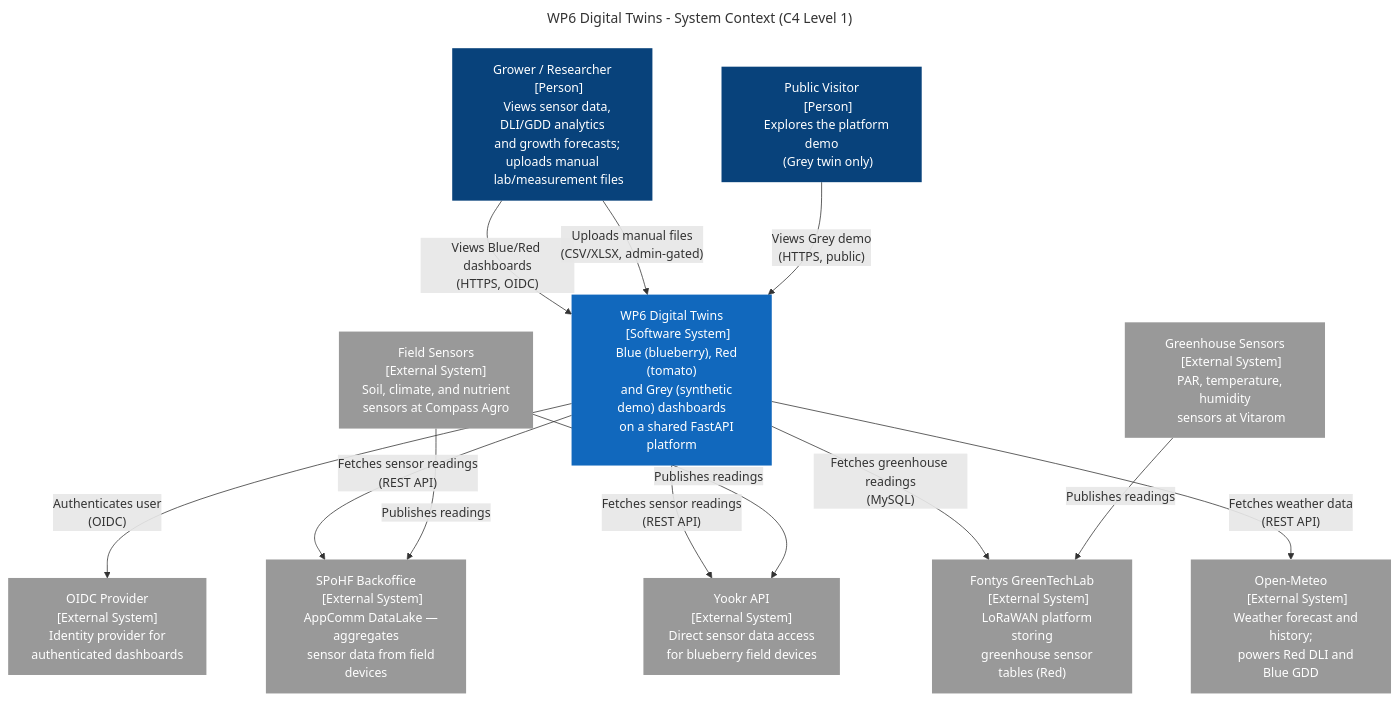
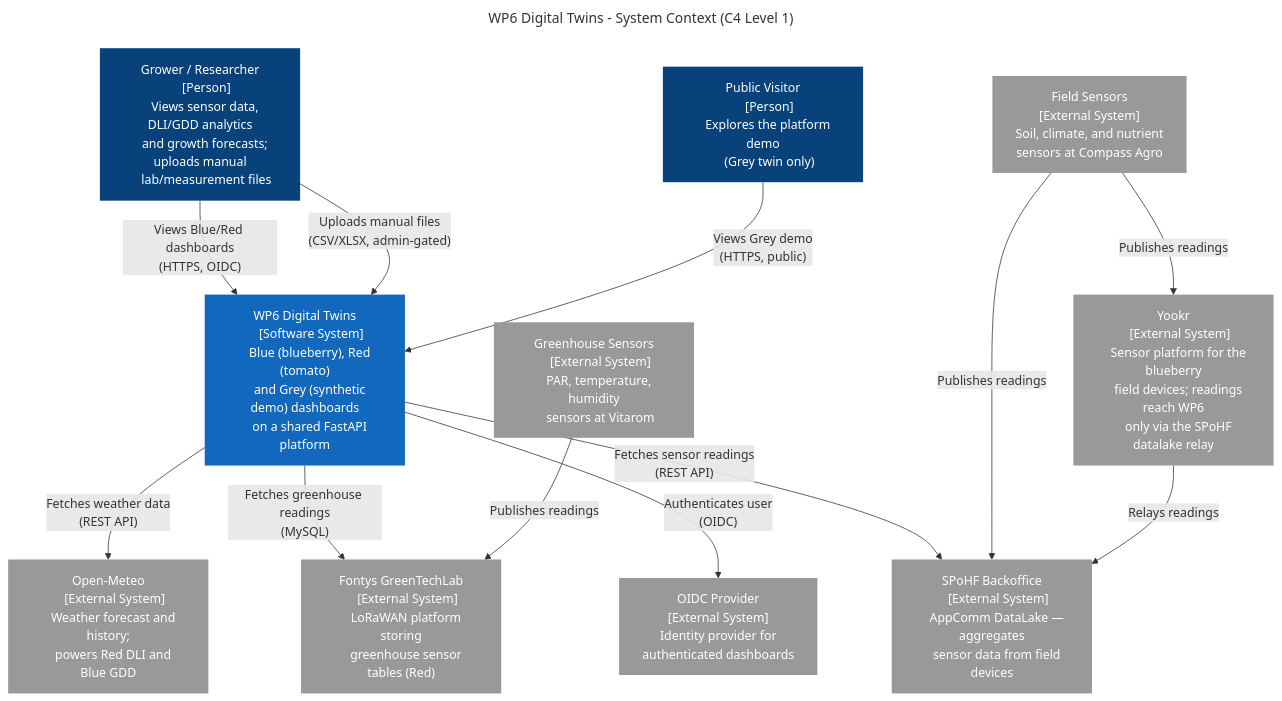
One commit to SPOHF/SPoHF-WP6-Twins changed the first of 4 diagrams in docs/architecture/index.md. Above: the diagram before and after it, drawn with Mermaid. The commit also changed other lines of this file and 11 other files, not shown here.

First line of the commit message:
docs: record the completed yookr-direct retirement; re-enable sync

````diff
--- a/docs/architecture/index.md
+++ b/docs/architecture/index.md
@@ -38,75 +38,76 @@
 ```mermaid
 ---
 title: "WP6 Digital Twins - System Context (C4 Level 1)"
 ---
 graph TB
     %% SSOT — also embedded in docs/architecture/index.md.
     %% Edit this file first, then mirror into index.md.
     classDef person fill:#08427b,color:#fff,stroke:none
     classDef system fill:#1168bd,color:#fff,stroke:none
     classDef external fill:#999,color:#fff,stroke:none
 
     grower["Grower / Researcher
     [Person]
     Views sensor data, DLI/GDD analytics
     and growth forecasts; uploads manual
     lab/measurement files"]:::person
 
     visitor["Public Visitor
     [Person]
     Explores the platform demo
     (Grey twin only)"]:::person
 
     wp6["WP6 Digital Twins
     [Software System]
     Blue (blueberry), Red (tomato)
     and Grey (synthetic demo) dashboards
     on a shared FastAPI platform"]:::system
 
     spohf["SPoHF Backoffice
     [External System]
     AppComm DataLake — aggregates
     sensor data from field devices"]:::external
 
-    yookr["Yookr API
+    yookr["Yookr
     [External System]
-    Direct sensor data access
-    for blueberry field devices"]:::external
+    Sensor platform for the blueberry
+    field devices; readings reach WP6
+    only via the SPoHF datalake relay"]:::external
 
     openmeteo["Open-Meteo
     [External System]
     Weather forecast and history;
     powers Red DLI and Blue GDD"]:::external
 
     oidc["OIDC Provider
     [External System]
     Identity provider for
     authenticated dashboards"]:::external
 
     greentechlab["Fontys GreenTechLab
     [External System]
     LoRaWAN platform storing
     greenhouse sensor tables (Red)"]:::external
 
     greenhouse["Greenhouse Sensors
     [External System]
     PAR, temperature, humidity
     sensors at Vitarom"]:::external
 
     field["Field Sensors
     [External System]
     Soil, climate, and nutrient
     sensors at Compass Agro"]:::external
 
     grower -->|"Views Blue/Red dashboards\n(HTTPS, OIDC)"| wp6
     grower -->|"Uploads manual files\n(CSV/XLSX, admin-gated)"| wp6
     visitor -->|"Views Grey demo\n(HTTPS, public)"| wp6
     wp6 -->|"Authenticates user\n(OIDC)"| oidc
     wp6 -->|"Fetches sensor readings\n(REST API)"| spohf
-    wp6 -->|"Fetches sensor readings\n(REST API)"| yookr
     wp6 -->|"Fetches greenhouse readings\n(MySQL)"| greentechlab
     wp6 -->|"Fetches weather data\n(REST API)"| openmeteo
     greenhouse -->|"Publishes readings"| greentechlab
     field -->|"Publishes readings"| spohf
     field -->|"Publishes readings"| yookr
+    yookr -->|"Relays readings"| spohf
 ```
````
